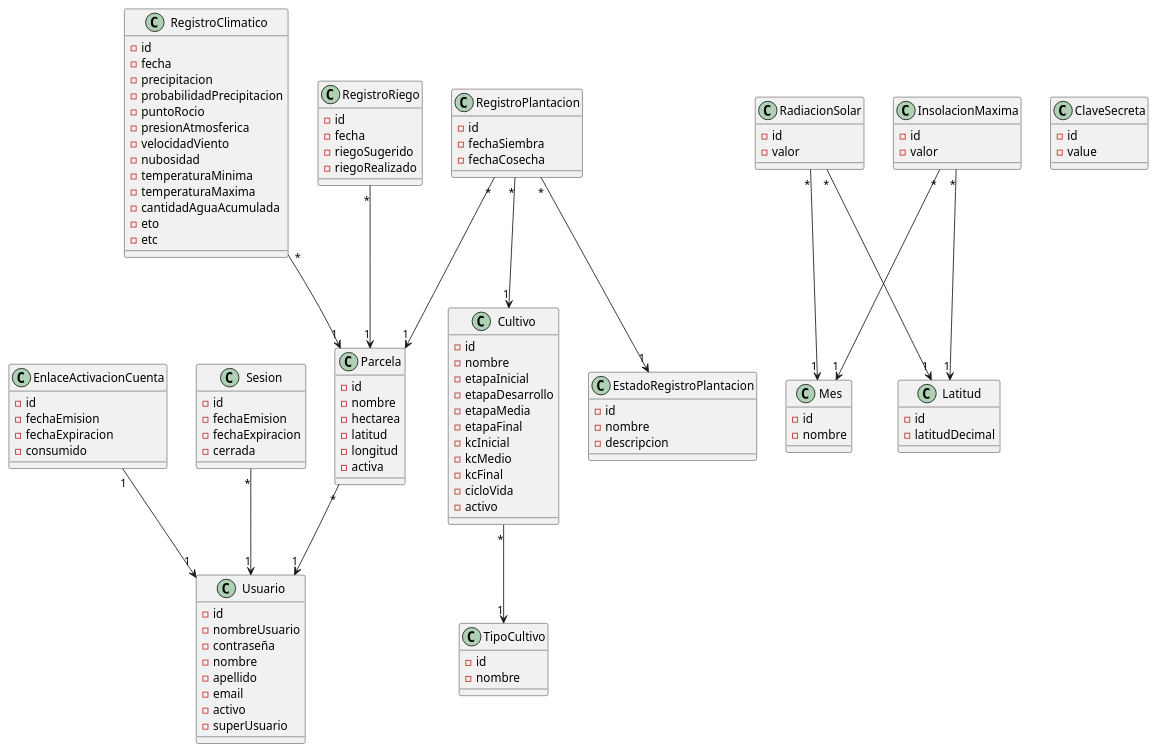
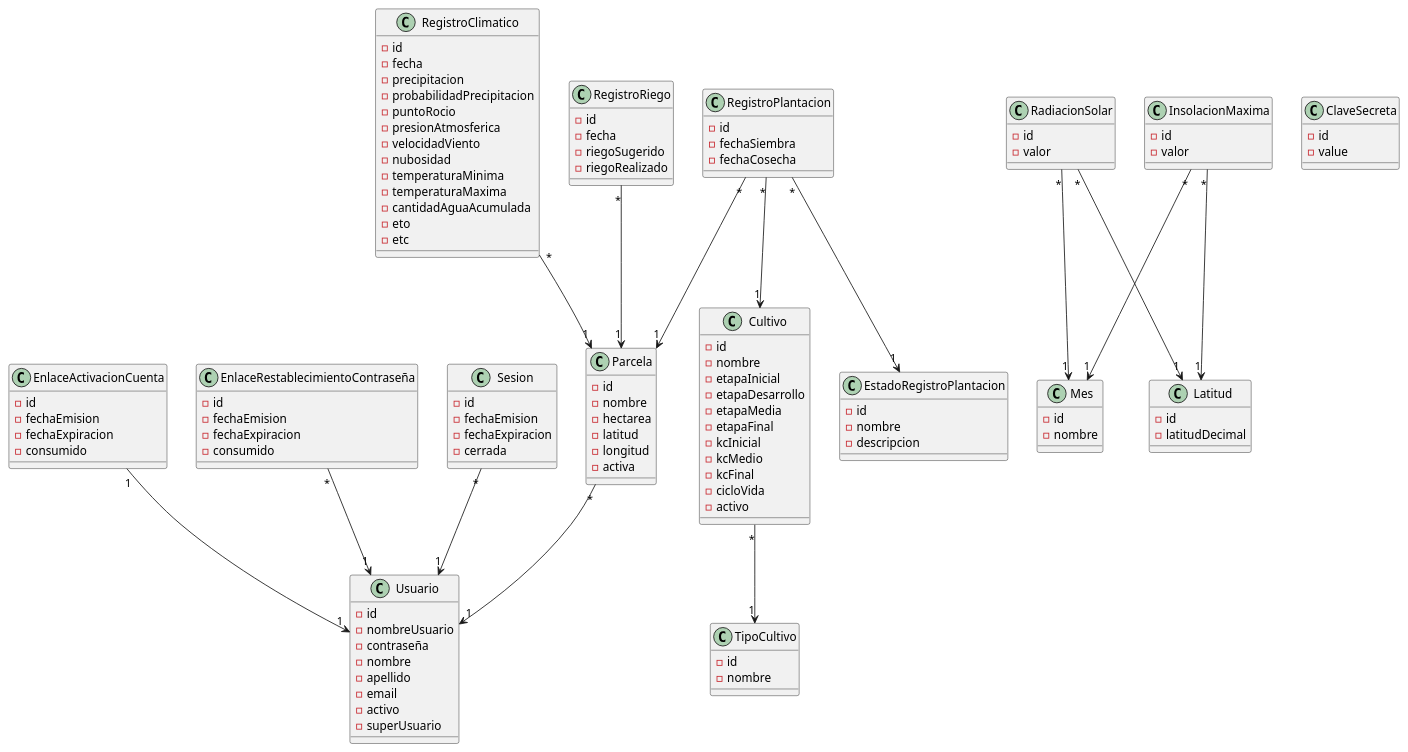
Before and after one commit to facundopaez-dev/sistema-web-riego: the diagram in domain model/Modelo de dominio.pu, drawn with PlantUML. The commit also changed 22 other files, not shown here.

```diff
--- a/domain model/Modelo de dominio.pu
+++ b/domain model/Modelo de dominio.pu
@@ -1,130 +1,138 @@
 @startuml
 
 Parcela "*"-->"1" Usuario
 RegistroClimatico "*"-->"1" Parcela
 RegistroRiego "*"-->"1" Parcela
 RegistroPlantacion "*"-->"1" Parcela
 RegistroPlantacion "*"-->"1" Cultivo
 RegistroPlantacion "*"-->"1" EstadoRegistroPlantacion
 RadiacionSolar "*"-->"1" Mes
 RadiacionSolar "*"-->"1" Latitud
 InsolacionMaxima "*"-->"1" Mes
 InsolacionMaxima "*"-->"1" Latitud
 Cultivo "*"-->"1" TipoCultivo
 EnlaceActivacionCuenta "1" --> "1" Usuario
+EnlaceRestablecimientoContraseña "*" --> "1" Usuario
 Sesion "*" --> "1" Usuario
 
 class Parcela {
 -id
 -nombre
 -hectarea
 -latitud
 -longitud
 -activa
 }
 
 class Cultivo {
 -id
 -nombre
 -etapaInicial
 -etapaDesarrollo
 -etapaMedia
 -etapaFinal
 -kcInicial
 -kcMedio
 -kcFinal
 -cicloVida
 -activo
 }
 
 class TipoCultivo {
 -id
 -nombre
 }
 
 class RegistroClimatico {
 -id
 -fecha
 -precipitacion
 -probabilidadPrecipitacion
 -puntoRocio
 -presionAtmosferica
 -velocidadViento
 -nubosidad
 -temperaturaMinima
 -temperaturaMaxima
 -cantidadAguaAcumulada
 -eto
 -etc
 }
 
 class RegistroPlantacion {
 -id
 -fechaSiembra
 -fechaCosecha
 }
 
 class RegistroRiego {
 -id
 -fecha
 -riegoSugerido
 -riegoRealizado
 }
 
 class Usuario {
 -id
 -nombreUsuario
 -contraseña
 -nombre
 -apellido
 -email
 -activo
 -superUsuario
 }
 
 class EstadoRegistroPlantacion {
 -id
 -nombre
 -descripcion
 }
 
 class Mes {
 -id
 -nombre
 }
 
 class Latitud {
 -id
 -latitudDecimal
 }
 
 class RadiacionSolar {
 -id
 -valor
 }
 
 class InsolacionMaxima {
 -id
 -valor
 }
 
 class EnlaceActivacionCuenta {
 -id
 -fechaEmision
 -fechaExpiracion
 -consumido
 }
 
+class EnlaceRestablecimientoContraseña {
+-id
+-fechaEmision
+-fechaExpiracion
+-consumido
+}
+
 class Sesion {
 -id
 -fechaEmision
 -fechaExpiracion
 -cerrada
 }
 
 class ClaveSecreta {
 -id
 -value
 }
 
 @enduml
```
